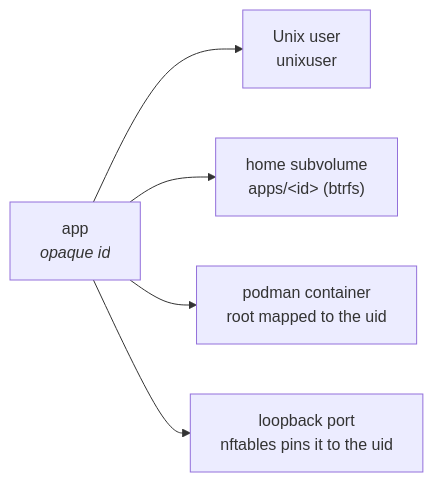
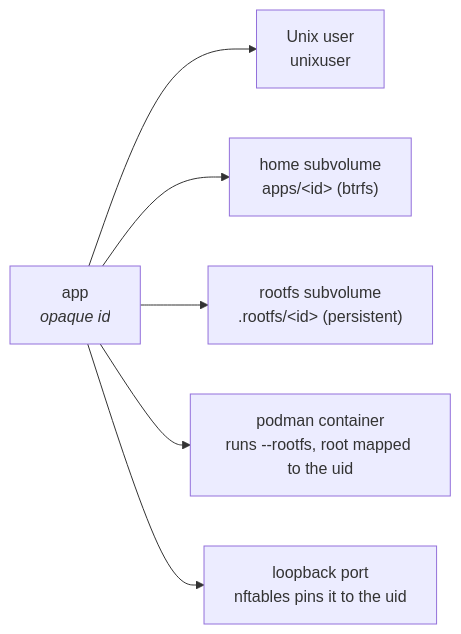
One commit to binwiederhier/hostit changed the third of 9 diagrams in docs/slides/presentations/tech-overview.md. Above: the diagram before and after it, drawn with Mermaid. The commit also changed other lines of this file and 1 other file, not shown here.

First line of the commit message:
docs/slides: mark the storage target as shipped; rootfs-era tech overview

````diff
--- a/docs/slides/presentations/tech-overview.md
+++ b/docs/slides/presentations/tech-overview.md
@@ -203,7 +204,8 @@
 ```mermaid
 flowchart LR
   A["app<br/><i>opaque id</i>"] --> U["Unix user<br/>unixuser"]
   A --> H["home subvolume<br/>apps/&lt;id&gt; (btrfs)"]
-  A --> C["podman container<br/>root mapped to the uid"]
+  A --> R["rootfs subvolume<br/>.rootfs/&lt;id&gt; (persistent)"]
+  A --> C["podman container<br/>runs --rootfs, root mapped to the uid"]
   A --> P["loopback port<br/>nftables pins it to the uid"]
 ```
````
